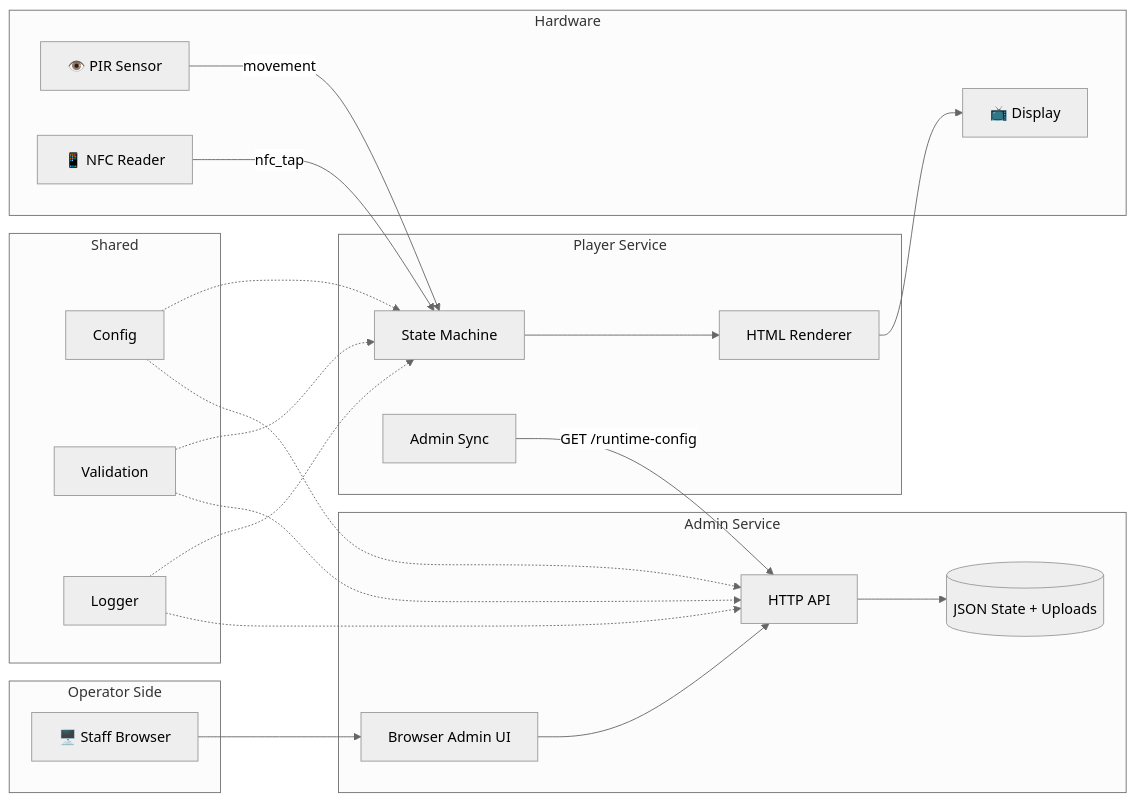
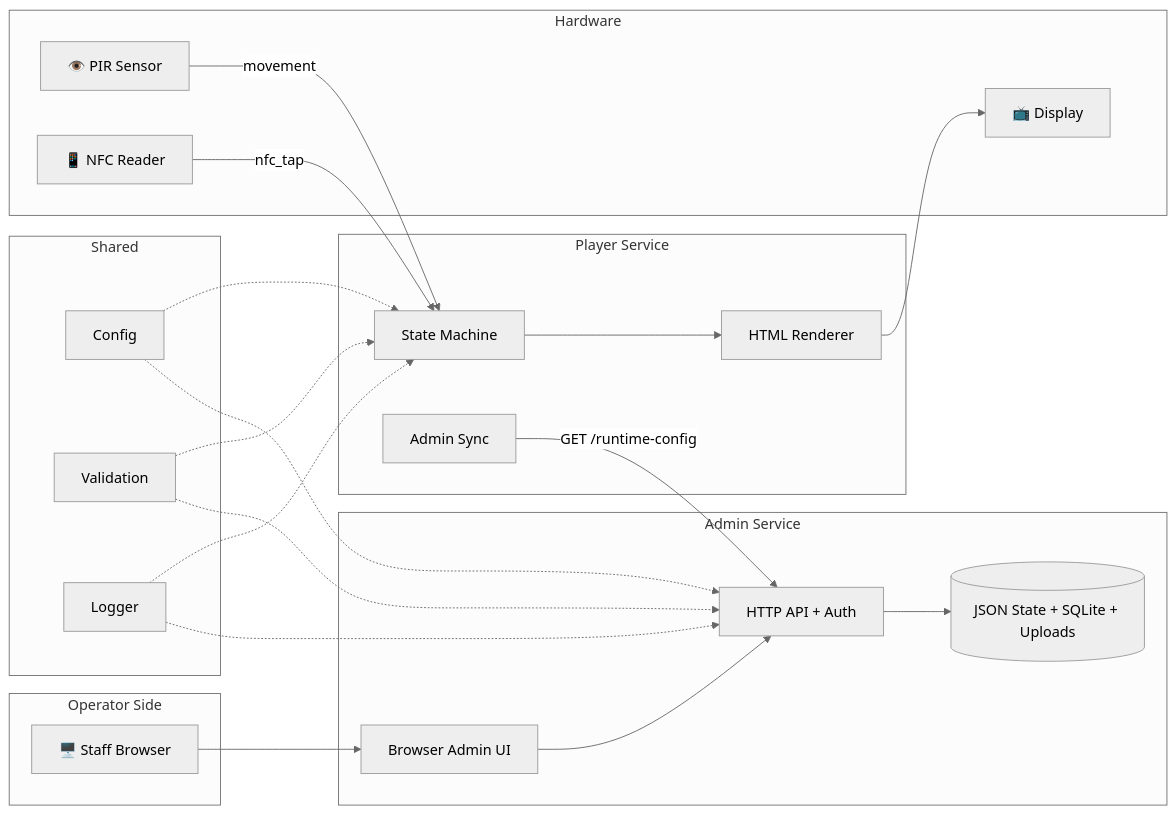
The first of 6 diagrams in docs/architecture/overview.md (fergouchyahya/IDS), drawn with Mermaid (neutral theme) before and after one commit. The commit also changed other lines of this file and 42 other files, not shown here.

````diff
--- a/docs/architecture/overview.md
+++ b/docs/architecture/overview.md
@@ -9,44 +9,44 @@
 ```mermaid
 flowchart LR
     subgraph Operator Side
         Staff[🖥️ Staff Browser]
     end
 
     subgraph Admin Service
-        AdminAPI[HTTP API]
+        AdminAPI[HTTP API + Auth]
         AdminUI[Browser Admin UI]
-        Storage[(JSON State + Uploads)]
+        Storage[(JSON State + SQLite + Uploads)]
     end
 
     subgraph Player Service
         SM[State Machine]
         Renderer[HTML Renderer]
         Sync[Admin Sync]
     end
 
     subgraph Hardware
         Screen[📺 Display]
         PIR[👁️ PIR Sensor]
         NFC[📱 NFC Reader]
     end
 
     subgraph Shared
         Config[Config]
         Valid[Validation]
         Log[Logger]
     end
 
     Staff --> AdminUI
     AdminUI --> AdminAPI
     AdminAPI --> Storage
     Sync -->|GET /runtime-config| AdminAPI
     SM --> Renderer --> Screen
     PIR -->|movement| SM
     NFC -->|nfc_tap| SM
     Config -.-> AdminAPI
     Config -.-> SM
     Valid -.-> AdminAPI
     Valid -.-> SM
     Log -.-> AdminAPI
     Log -.-> SM
 ```
````
